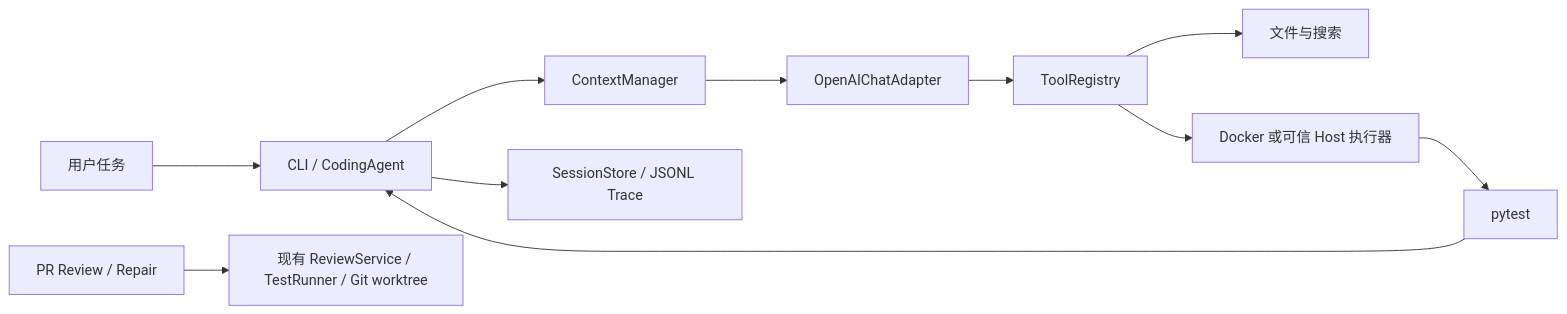
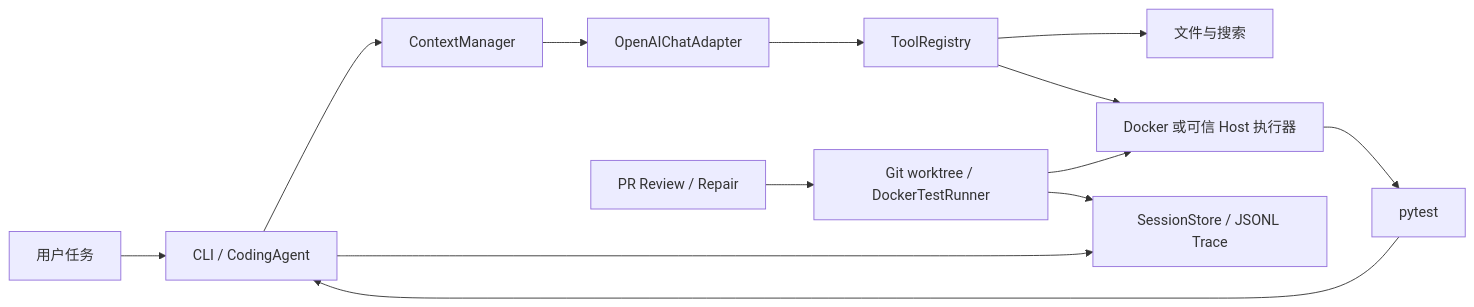
One commit to liuzhouquan/selfforge-agent changed the diagram in README.md. Above: the diagram before and after it, drawn with Mermaid. The commit also changed other lines of this file and 19 other files, not shown here.

````diff
--- a/README.md
+++ b/README.md
@@ -78,13 +85,15 @@
 ```mermaid
 flowchart LR
   U[用户任务] --> CLI[CLI / CodingAgent]
   CLI --> C[ContextManager]
   C --> M[OpenAIChatAdapter]
   M --> T[ToolRegistry]
   T --> F[文件与搜索]
   T --> X[Docker 或可信 Host 执行器]
   X --> P[pytest]
   CLI --> S[SessionStore / JSONL Trace]
   P --> CLI
-  PR[PR Review / Repair] --> E[现有 ReviewService / TestRunner / Git worktree]
+  PR[PR Review / Repair] --> E[Git worktree / DockerTestRunner]
+  E --> X
+  E --> S
 ```
````
